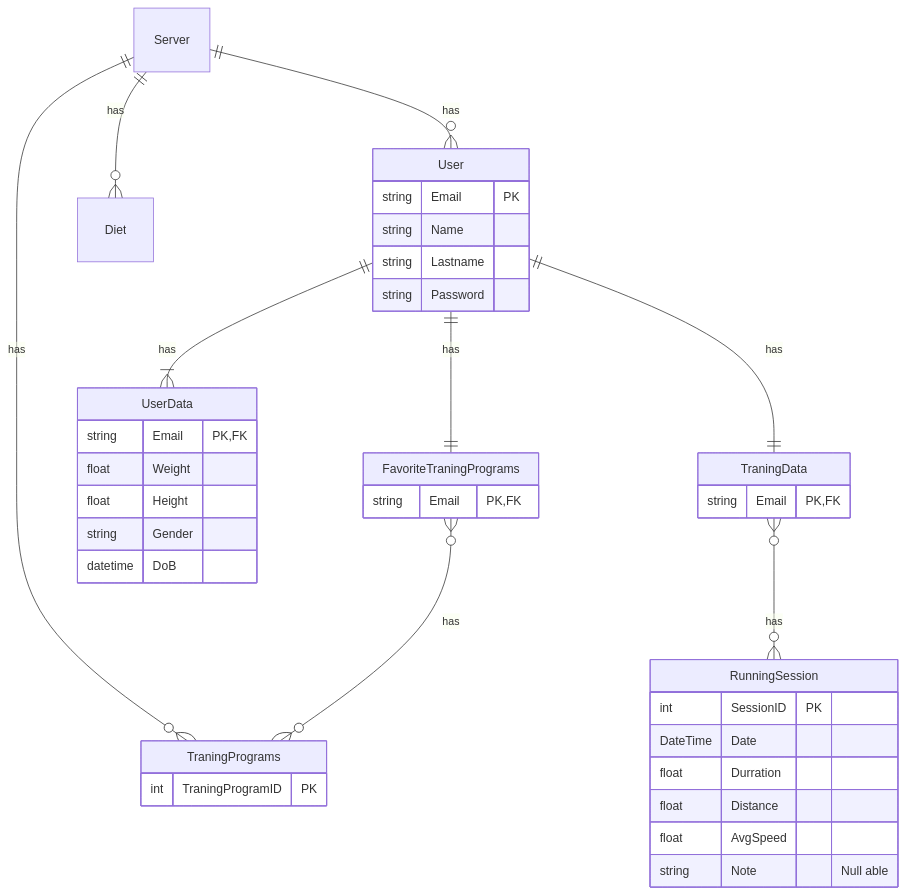
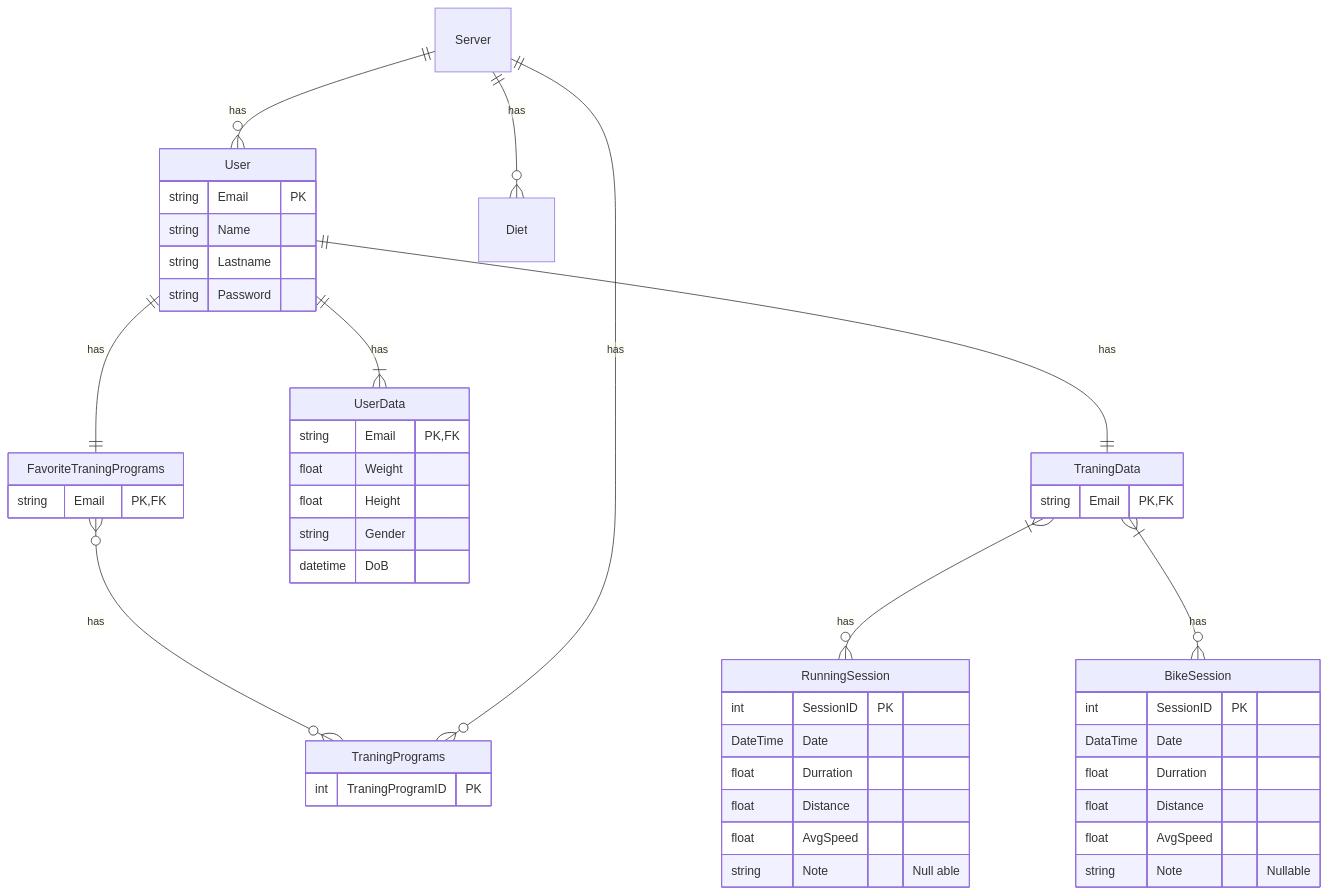
The diagram in Diagrammer/Design/DesignDatabase.md (kamar-dk/Sem.Project4), drawn with Mermaid before and after one commit.

````diff
--- a/Diagrammer/Design/DesignDatabase.md
+++ b/Diagrammer/Design/DesignDatabase.md
@@ -1,59 +1,69 @@
 ```mermaid
 erDiagram
 
 User {
     string Email PK
     string Name
     string Lastname
     string Password
 }
 
 TraningData {
     string Email PK, FK
 }
 
 UserData {
     string Email PK, FK
     float Weight
     float Height
     string Gender
     datetime DoB
 }
 
 FavoriteTraningPrograms {
     string Email PK, FK
 }
 
 Server {
 
 
 }
 
 TraningPrograms {
     int TraningProgramID PK
 }
 
 Diet {
 
 }
 
 RunningSession{
     int SessionID PK
     DateTime Date
     float Durration
     float Distance
     float AvgSpeed
     string Note "Null able"
 }
 
+BikeSession{
+    int SessionID PK
+    DataTime Date
+    float Durration
+    float Distance
+    float AvgSpeed
+    string Note "Nullable"
+}
+
 User ||--|| TraningData : has
 User ||--|{ UserData : has
 User ||--|| FavoriteTraningPrograms : has
 FavoriteTraningPrograms }o--o{ TraningPrograms : has
 Server ||--o{ TraningPrograms : has
 Server ||--o{ User : has
 Server ||--o{ Diet : has
 
-TraningData }o--o{ RunningSession : has
+TraningData }|--o{ RunningSession : has
+TraningData }|--o{ BikeSession : has
 
 ```
````
